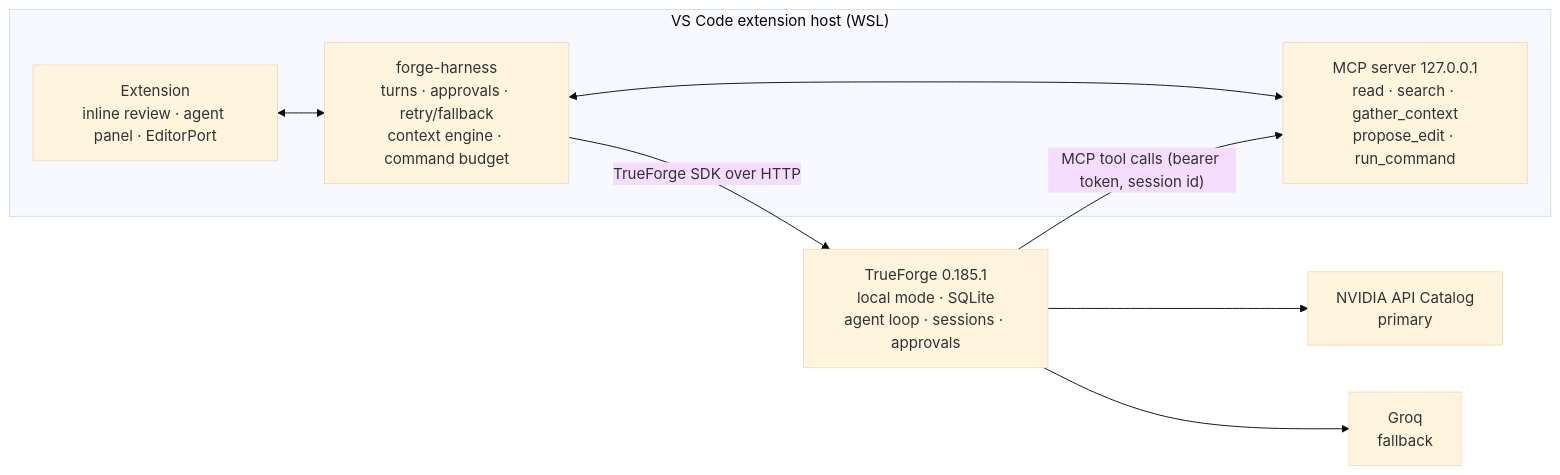
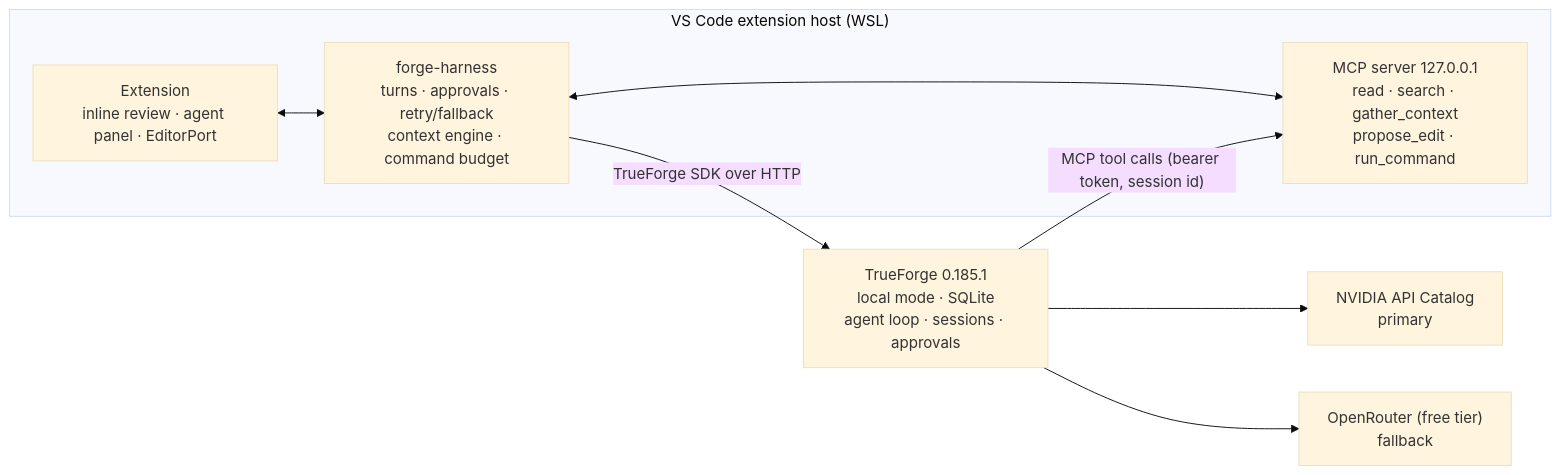
One commit to riyajenson/forgeathon changed the diagram in README.md. Above: the diagram before and after it, drawn with Mermaid (base theme). The commit also changed other lines of this file, not shown here.

Commit message:
docs(readme): OpenRouter fallback, Groq spare, model profiles and pre-flight, provider hosts in the TrueForge start command, Task C banner

````diff
--- a/README.md
+++ b/README.md
@@ -48,17 +48,17 @@
 ```mermaid
 flowchart LR
   subgraph host["VS Code extension host (WSL)"]
     EXT["Extension<br/>inline review · agent panel · EditorPort"]
     H["forge-harness<br/>turns · approvals · retry/fallback<br/>context engine · command budget"]
     MCP["MCP server 127.0.0.1<br/>read · search · gather_context<br/>propose_edit · run_command"]
     EXT <--> H
     H <--> MCP
   end
   TF["TrueForge 0.185.1<br/>local mode · SQLite<br/>agent loop · sessions · approvals"]
   NV["NVIDIA API Catalog<br/>primary"]
-  GQ["Groq<br/>fallback"]
+  OR["OpenRouter (free tier)<br/>fallback"]
   H -- "TrueForge SDK over HTTP" --> TF
   TF -- "MCP tool calls (bearer token, session id)" --> MCP
   TF --> NV
-  TF --> GQ
+  TF --> OR
 ```
````
